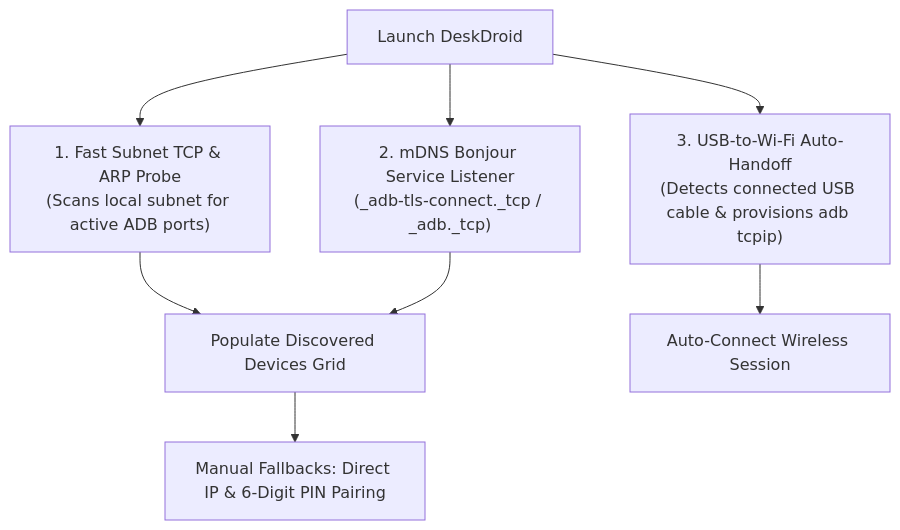
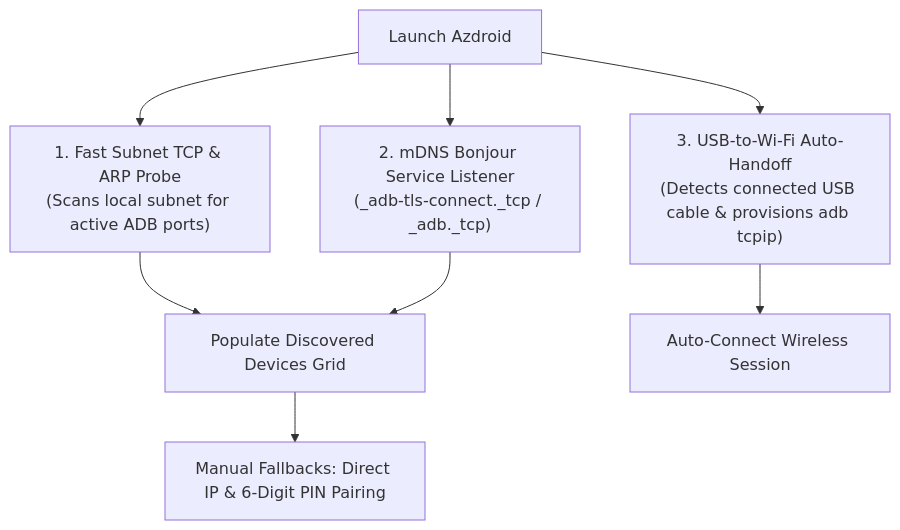
The diagram in docs/features/device-discovery-pairing.md (az-coder-123/azdroid), drawn with Mermaid before and after one commit. The commit also changed other lines of this file and 101 other files, not shown here.

````diff
--- a/docs/features/device-discovery-pairing.md
+++ b/docs/features/device-discovery-pairing.md
@@ -14,11 +14,11 @@
 ```mermaid
 flowchart TD
-    Start["Launch DeskDroid"] --> Scan["1. Fast Subnet TCP & ARP Probe\n(Scans local subnet for active ADB ports)"]
+    Start["Launch Azdroid"] --> Scan["1. Fast Subnet TCP & ARP Probe\n(Scans local subnet for active ADB ports)"]
     Start --> mDNS["2. mDNS Bonjour Service Listener\n(_adb-tls-connect._tcp / _adb._tcp)"]
     Start --> USB["3. USB-to-Wi-Fi Auto-Handoff\n(Detects connected USB cable & provisions adb tcpip)"]
     
     Scan --> Discovered["Populate Discovered Devices Grid"]
     mDNS --> Discovered
     USB --> AutoConnect["Auto-Connect Wireless Session"]
     Discovered --> Manual["Manual Fallbacks: Direct IP & 6-Digit PIN Pairing"]
 ```
````
